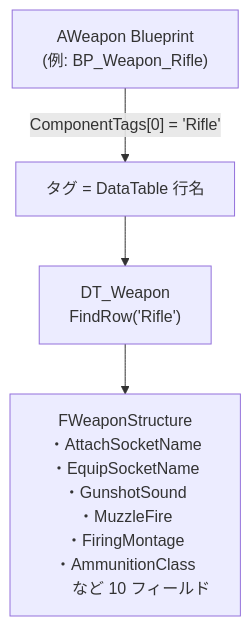
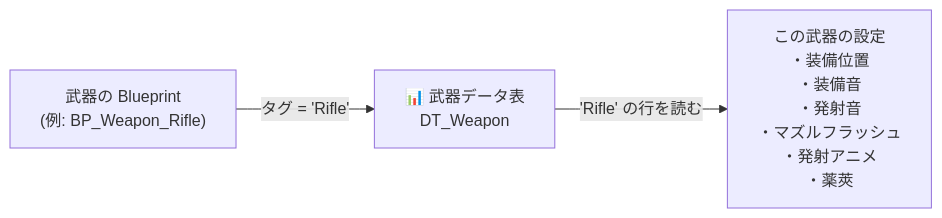
One commit to yu03040/GUNMAN changed the second of 9 diagrams in Documentation/AppealPoint.md. Above: the diagram before and after it, drawn with Mermaid. The commit also changed other lines of this file and 2 other files, not shown here.

````diff
--- a/Documentation/AppealPoint.md
+++ b/Documentation/AppealPoint.md
@@ -82,7 +143,6 @@
 ```mermaid
-flowchart TD
-    BP["AWeapon Blueprint\n(例: BP_Weapon_Rifle)"]
-    BP -->|"ComponentTags[0] = 'Rifle'"| TAG["タグ = DataTable 行名"]
-    TAG --> DT["DT_Weapon\nFindRow('Rifle')"]
-    DT --> STRUCT["FWeaponStructure\n・AttachSocketName\n・EquipSocketName\n・GunshotSound\n・MuzzleFire\n・FiringMontage\n・AmmunitionClass\n　　など 10 フィールド"]
+flowchart LR
+    BP["武器の Blueprint<br>(例: BP_Weapon_Rifle)"]
+    BP -->|"タグ = 'Rifle'"| DT["📊 武器データ表<br>DT_Weapon"]
+    DT -->|"'Rifle' の行を読む"| STRUCT["この武器の設定<br>・装備位置<br>・装備音<br>・発射音<br>・マズルフラッシュ<br>・発射アニメ<br>・薬莢"]
 ```
````
